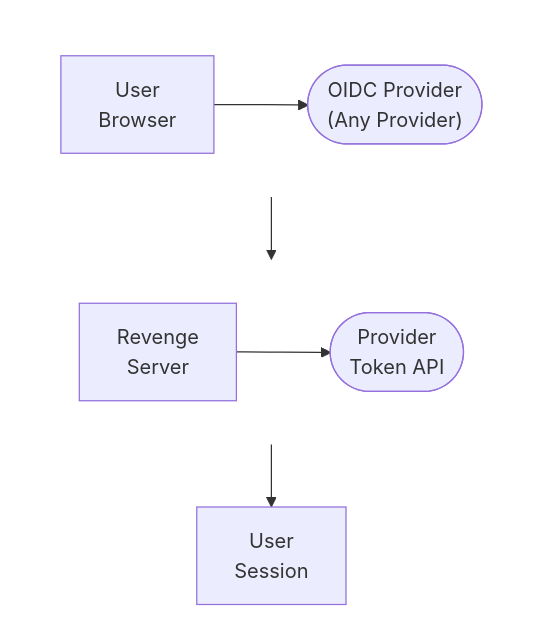
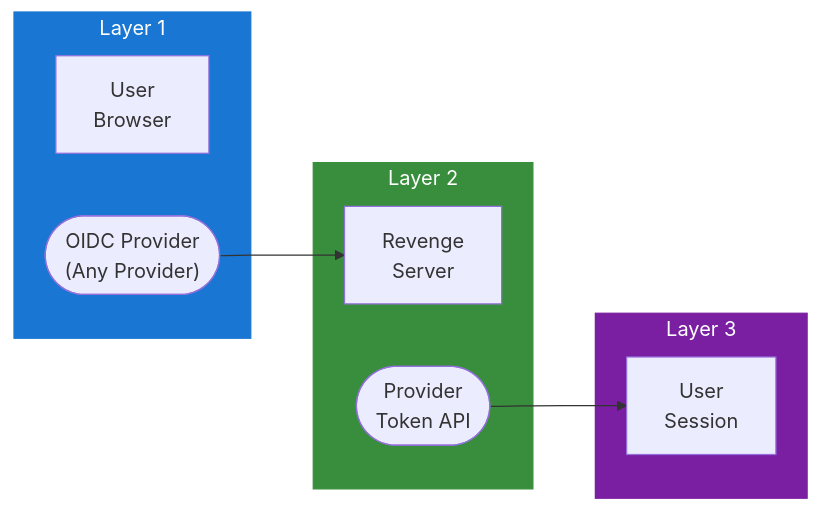
The diagram in docs/dev/design/integrations/auth/GENERIC_OIDC.md (lusoris/revenge), drawn with Mermaid before and after one commit. The commit also changed 215 other files, not shown here.

First line of the commit message:
feat(diagrams): convert all ASCII diagrams to Mermaid with LR subgraphs

````diff
--- a/docs/dev/design/integrations/auth/GENERIC_OIDC.md
+++ b/docs/dev/design/integrations/auth/GENERIC_OIDC.md
@@ -59,22 +59,25 @@
 ```mermaid
-flowchart TD
-    subgraph row1[ ]
-        direction LR
+flowchart LR
+    subgraph Layer1["Layer 1"]
         node1["User<br/>Browser"]
         node2(["OIDC Provider<br/>(Any Provider)"])
     end
-    subgraph row2[ ]
-        direction LR
+
+    subgraph Layer2["Layer 2"]
         node3["Revenge<br/>Server"]
         node4(["Provider<br/>Token API"])
     end
-    node5["User<br/>Session"]
-    node1 --> node2
-    node3 --> node4
+
+    subgraph Layer3["Layer 3"]
+        node5["User<br/>Session"]
+    end
+
+    %% Connections
     node2 --> node3
     node4 --> node5
 
-    %% Hide row subgraph borders
-    style row1 fill:transparent,stroke:transparent
-    style row2 fill:transparent,stroke:transparent
+    %% Styling
+    style Layer1 fill:#1976D2,stroke:#1976D2,color:#fff
+    style Layer2 fill:#388E3C,stroke:#388E3C,color:#fff
+    style Layer3 fill:#7B1FA2,stroke:#7B1FA2,color:#fff
 ```
````
